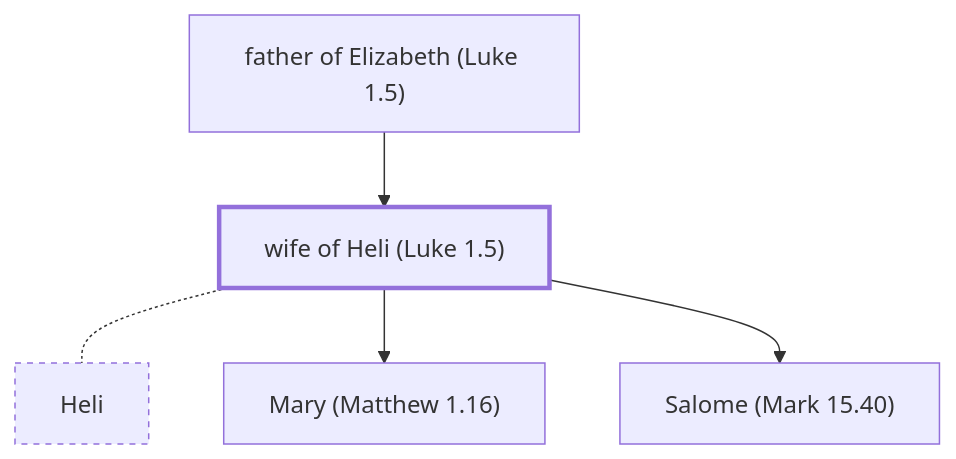
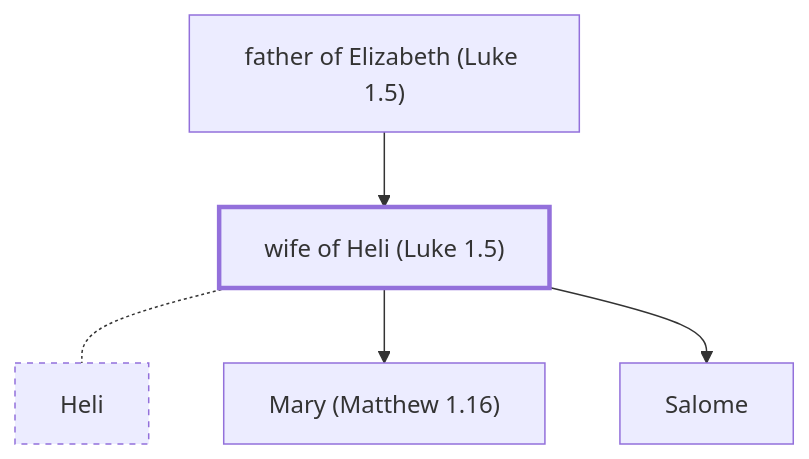
The diagram in connections/people/wife of Heli (Luke 1.5).md (jeffdehut/Bible), drawn with Mermaid before and after one commit. The commit also changed other lines of this file and 18 other files, not shown here.

````diff
--- a/connections/people/wife of Heli (Luke 1.5).md
+++ b/connections/people/wife of Heli (Luke 1.5).md
@@ -33,14 +33,14 @@
 ```mermaid
 flowchart TB
   n0["wife of Heli (Luke 1.5)"]:::me
   n1["father of Elizabeth (Luke 1.5)"]
   n1 --> n0
   n2["Heli"]:::spouse
   n0 -.- n2
   n3["Mary (Matthew 1.16)"]
   n0 --> n3
-  n4["Salome (Mark 15.40)"]
+  n4["Salome"]
   n0 --> n4
   classDef me stroke-width:3px
   classDef spouse stroke-dasharray:4
 ```
````
